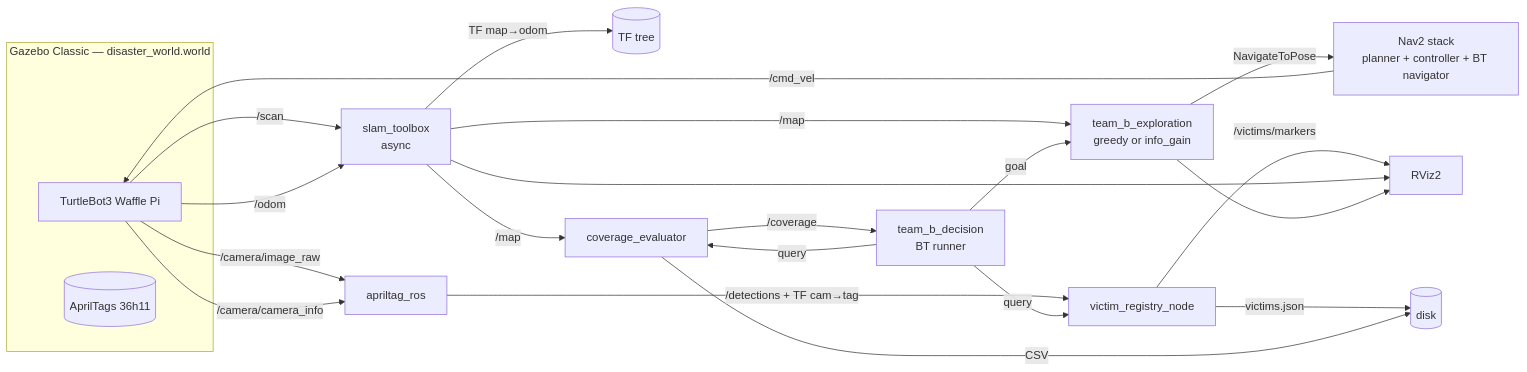
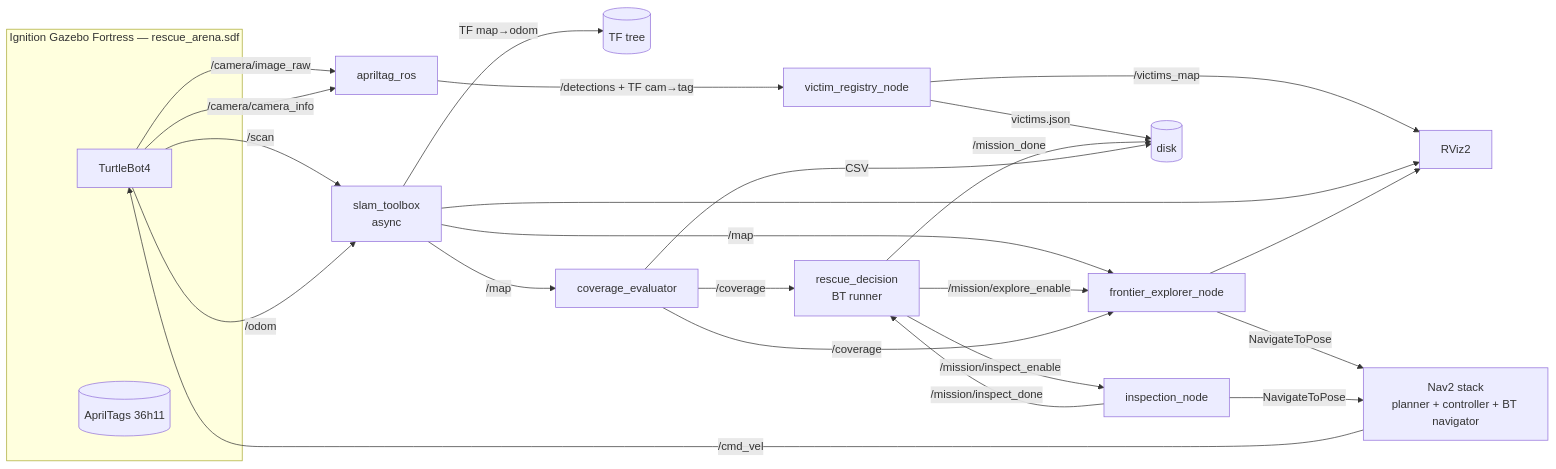
Before and after one commit to YiZeems/autonomous-search-and-rescue: the diagram in docs/architecture.md, drawn with Mermaid. The commit also changed other lines of this file and 51 other files, not shown here.

````diff
--- a/docs/architecture.md
+++ b/docs/architecture.md
@@ -7,34 +7,38 @@
 ```mermaid
 flowchart LR
-    subgraph SIM["Gazebo Classic — disaster_world.world"]
-        ROBOT[TurtleBot3 Waffle Pi]
+    subgraph SIM["Ignition Gazebo Fortress — rescue_arena.sdf"]
+        ROBOT[TurtleBot4]
         TAGS[(AprilTags 36h11)]
     end
 
     ROBOT -- /scan --> SLAM
     ROBOT -- /odom --> SLAM
     ROBOT -- /camera/image_raw --> APRIL[apriltag_ros]
     ROBOT -- /camera/camera_info --> APRIL
 
     SLAM[slam_toolbox<br/>async] -- /map --> EXPLORE
     SLAM -- TF map→odom --> TF[(TF tree)]
     SLAM -- /map --> METRIC
 
     APRIL -- /detections + TF cam→tag --> REG[victim_registry_node]
-    REG -- /victims/markers --> RVIZ
+    REG -- /victims_map --> RVIZ
     REG -- victims.json --> FS[(disk)]
 
-    EXPLORE[team_b_exploration<br/>greedy or info_gain] -- NavigateToPose --> NAV2
-    BT[team_b_decision<br/>BT runner] -- goal --> EXPLORE
-    BT -- query --> REG
-    BT -- query --> METRIC
+    EXPLORE[frontier_explorer_node] -- NavigateToPose --> NAV2
+    INSPECT[inspection_node] -- NavigateToPose --> NAV2
+
+    BT[rescue_decision<br/>BT runner] -- /mission/explore_enable --> EXPLORE
+    BT -- /mission/inspect_enable --> INSPECT
+    INSPECT -- /mission/inspect_done --> BT
+    BT -- /mission_done --> FS
 
     NAV2[Nav2 stack<br/>planner + controller + BT navigator] -- /cmd_vel --> ROBOT
 
     METRIC[coverage_evaluator] -- /coverage --> BT
+    METRIC -- /coverage --> EXPLORE
     METRIC -- CSV --> FS
 
     RVIZ[RViz2]
     SLAM --> RVIZ
     EXPLORE --> RVIZ
 ```
````
